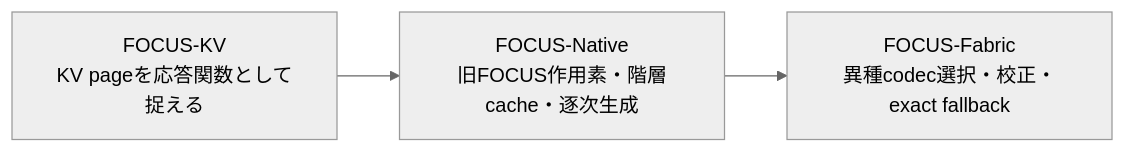
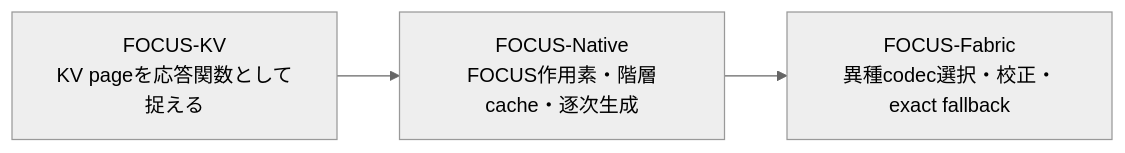
Before and after one commit to dj-thank/FOCUS-Fabric: the first of 2 diagrams in README.md, drawn with Mermaid (neutral theme). The commit also changed other lines of this file and 2 other files, not shown here.

Commit message:
docs: standardize FOCUS operator terminology

````diff
--- a/README.md
+++ b/README.md
@@ -36,5 +36,5 @@
 ```mermaid
 flowchart LR
-    A["FOCUS-KV<br/>KV pageを応答関数として捉える"] --> B["FOCUS-Native<br/>旧FOCUS作用素・階層cache・逐次生成"]
+    A["FOCUS-KV<br/>KV pageを応答関数として捉える"] --> B["FOCUS-Native<br/>FOCUS作用素・階層cache・逐次生成"]
     B --> C["FOCUS-Fabric<br/>異種codec選択・校正・exact fallback"]
 ```
````
